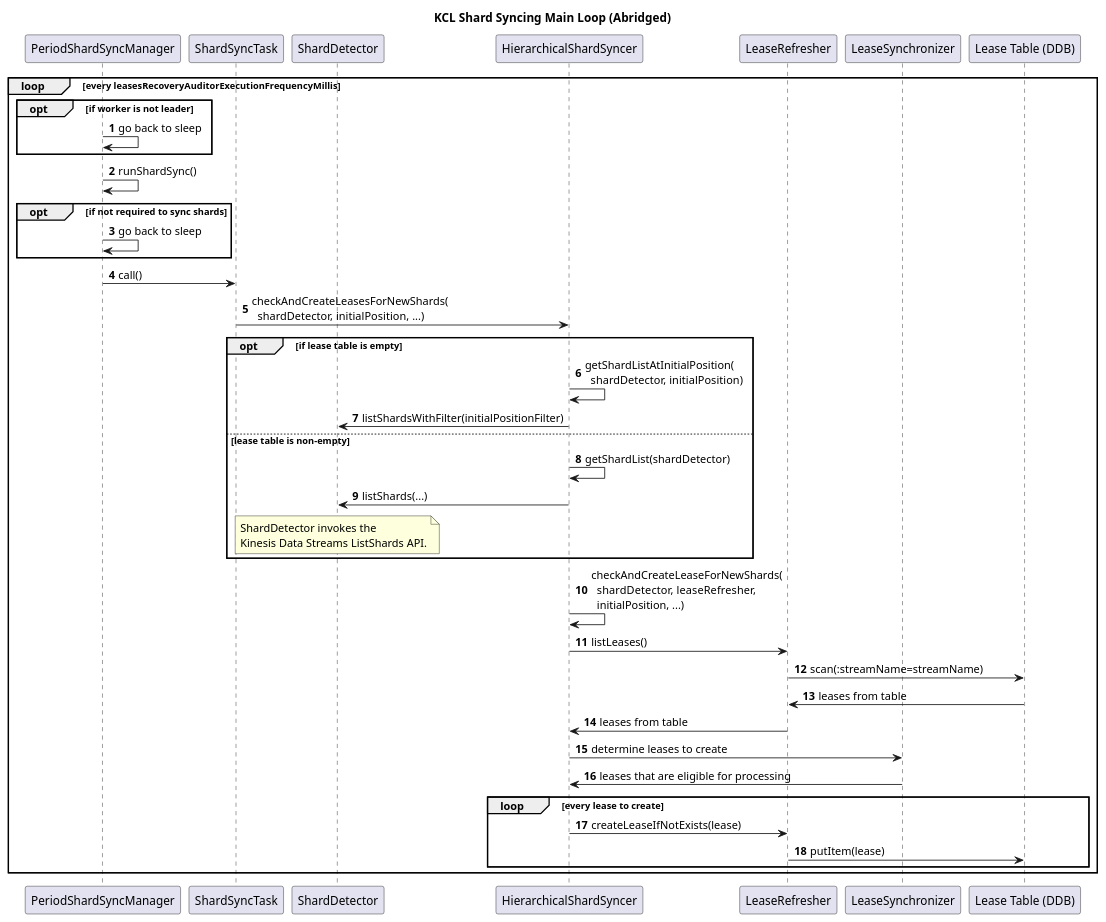
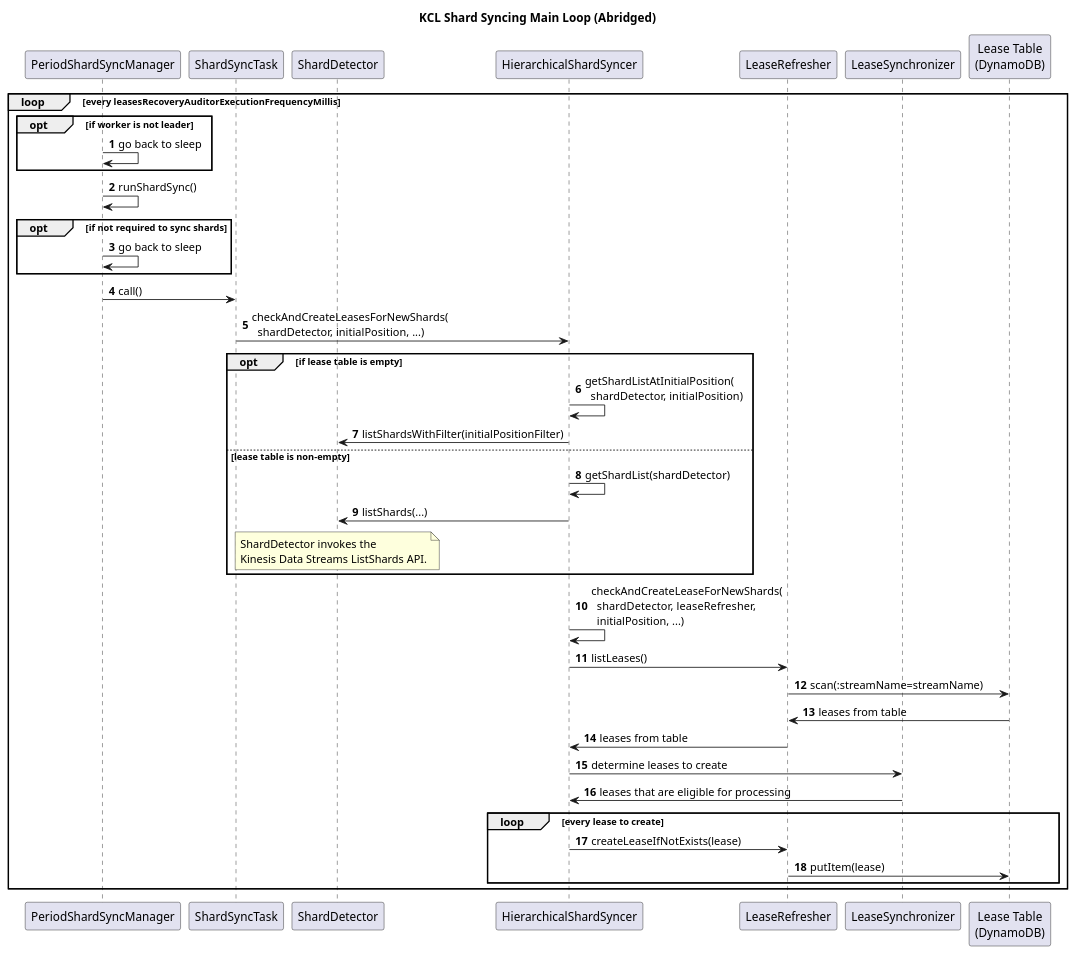
The diagram in docs/plantuml/lease-shard-sync-loop.puml (awslabs/amazon-kinesis-client), drawn with PlantUML before and after one commit. The commit also changed 6 other files, not shown here.

```diff
--- a/docs/plantuml/lease-shard-sync-loop.puml
+++ b/docs/plantuml/lease-shard-sync-loop.puml
@@ -1,52 +1,52 @@
 @startuml
 'https://plantuml.com/sequence-diagram
 
 autonumber
 
 title KCL Shard Syncing Main Loop (Abridged)
 
 participant PeriodShardSyncManager as PSS
 participant ShardSyncTask as SST
 participant ShardDetector as SD
 participant HierarchicalShardSyncer as HSS
 participant LeaseRefresher as LR
 participant LeaseSynchronizer as LS
-participant "Lease Table (DDB)" as DDB
+participant "Lease Table\n(DynamoDB)" as DDB
 
 loop every leasesRecoveryAuditorExecutionFrequencyMillis
   opt if worker is not leader
     PSS->PSS: go back to sleep
   end
 
   PSS->PSS: runShardSync()
   opt if not required to sync shards
     PSS->PSS: go back to sleep
   end
 
   PSS->SST: call()
   SST->HSS: checkAndCreateLeasesForNewShards(\n  shardDetector, initialPosition, ...)
   opt if lease table is empty
     HSS->HSS: getShardListAtInitialPosition(\n  shardDetector, initialPosition)
     HSS->SD: listShardsWithFilter(initialPositionFilter)
   else lease table is non-empty
     HSS->HSS: getShardList(shardDetector)
     HSS->SD: listShards(...)
     note over SD
       ShardDetector invokes the
       Kinesis Data Streams ListShards API.
     end note
   end
   HSS->HSS: checkAndCreateLeaseForNewShards(\n  shardDetector, leaseRefresher,\n  initialPosition, ...)
   HSS->LR: listLeases()
   LR->DDB: scan(:streamName=streamName)
   DDB->LR: leases from table
   LR->HSS: leases from table
   HSS->LS: determine leases to create
   LS->HSS: leases that are eligible for processing
   loop every lease to create
     HSS->LR: createLeaseIfNotExists(lease)
     LR->DDB: putItem(lease)
   end
 end
 
 @enduml
```
